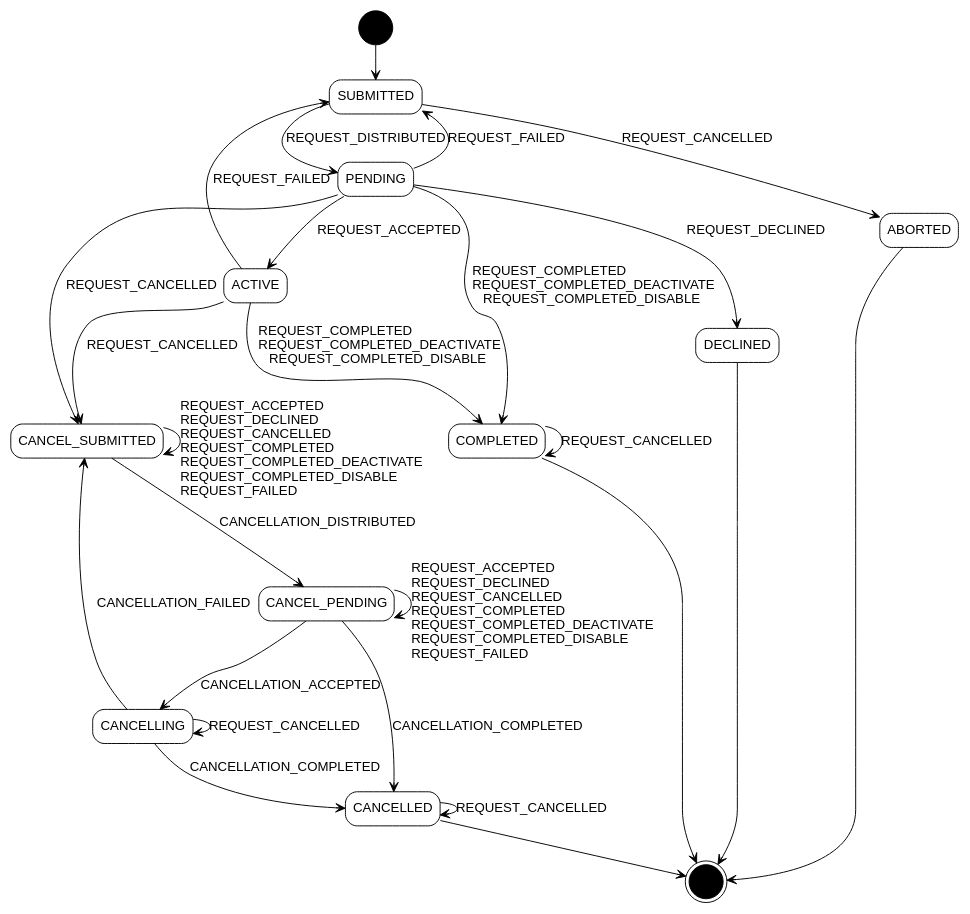
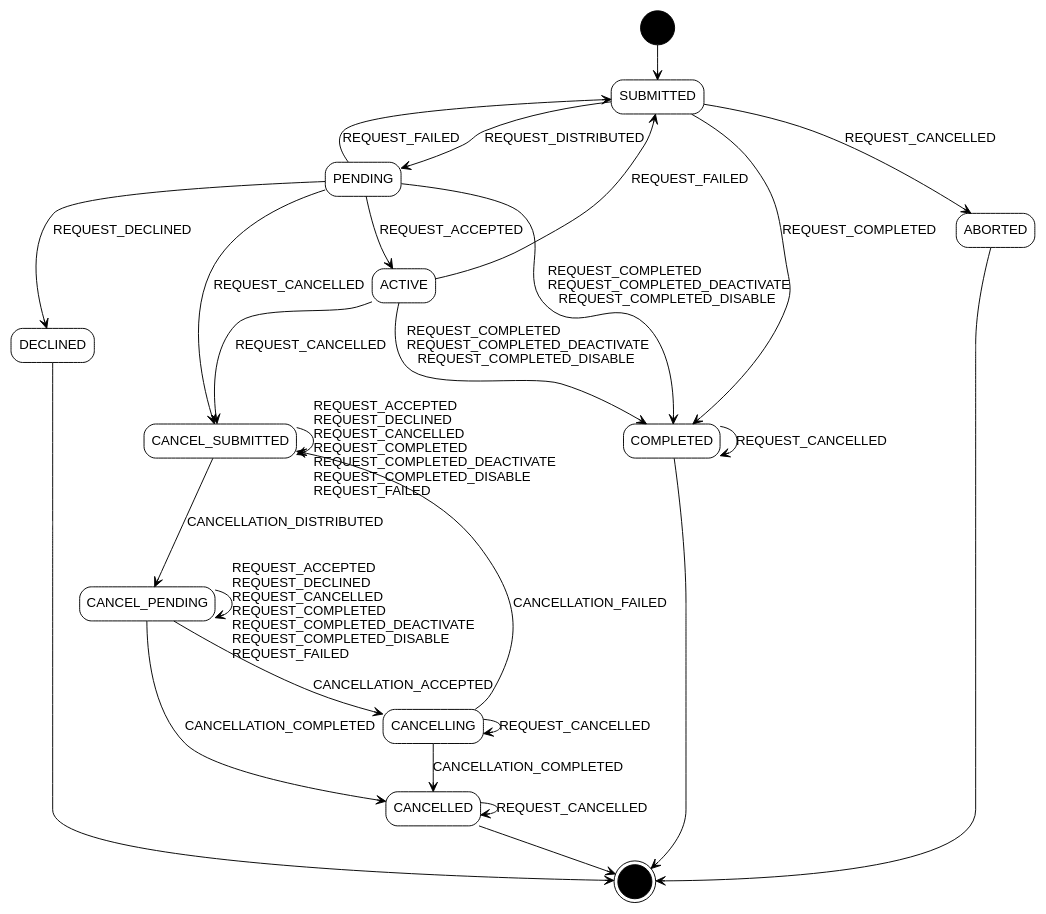
Before and after one commit to ONSdigital/response-management-service: the diagram in actionsvc/diagrams/actionstates.dot, drawn with Graphviz.

Commit message:
CTPA-9999 actionstates diagram catchup

```diff
--- a/actionsvc/diagrams/actionstates.dot
+++ b/actionsvc/diagrams/actionstates.dot
@@ -1,45 +1,46 @@
 /* Action service action states. Run using dot -Tpng actionstates.dot > actionstates.png */
 /* See https://fsteeg.wordpress.com/2006/11/16/uml-activity-diagrams-with-graphviz/ */
 digraph actionstates {
     size="20,20";
     edge[arrowhead=open]
     node [shape=rectangle];
     start[shape=circle, label="", fillcolor=black, style=filled]
     end[shape=doublecircle, label="", fillcolor=black, style=filled]
     submitted[label="SUBMITTED", fontname="helvetica", style=rounded]
     pending[label="PENDING", fontname="helvetica", style=rounded]
     active[label="ACTIVE", fontname="helvetica", style=rounded]
     declined[label="DECLINED", fontname="helvetica", style=rounded]
     completed[label="COMPLETED", fontname="helvetica", style=rounded]
     aborted[label="ABORTED", fontname="helvetica", style=rounded]
     cancelsubmitted[label="CANCEL_SUBMITTED", fontname="helvetica", style=rounded]
     cancelpending[label="CANCEL_PENDING", fontname="helvetica", style=rounded]
     cancelling[label="CANCELLING", fontname="helvetica", style=rounded]
     cancelled[label="CANCELLED", fontname="helvetica", style=rounded]
 
     start -> submitted
+    submitted -> completed[fontname="helvetica", label="REQUEST_COMPLETED"]
     submitted -> pending[fontname="helvetica", label="REQUEST_DISTRIBUTED"]
     submitted -> aborted[fontname="helvetica", label="REQUEST_CANCELLED"]
     pending -> declined[fontname="helvetica", label="REQUEST_DECLINED"]
     pending -> active[fontname="helvetica", label="REQUEST_ACCEPTED"]
     pending -> completed[fontname="helvetica", label="REQUEST_COMPLETED\lREQUEST_COMPLETED_DEACTIVATE\lREQUEST_COMPLETED_DISABLE"]
     pending -> submitted[fontname="helvetica", label="REQUEST_FAILED"]
     pending -> cancelsubmitted[fontname="helvetica", label="REQUEST_CANCELLED"]
     active -> submitted[fontname="helvetica", label="REQUEST_FAILED"]
     active -> cancelsubmitted[fontname="helvetica", label="REQUEST_CANCELLED"]
     active -> completed[fontname="helvetica", label="REQUEST_COMPLETED\lREQUEST_COMPLETED_DEACTIVATE\lREQUEST_COMPLETED_DISABLE"]
     cancelsubmitted -> cancelpending[fontname="helvetica", label="CANCELLATION_DISTRIBUTED"]
     cancelsubmitted -> cancelsubmitted[fontname="helvetica", label="\lREQUEST_ACCEPTED\lREQUEST_DECLINED\lREQUEST_CANCELLED\lREQUEST_COMPLETED\lREQUEST_COMPLETED_DEACTIVATE\lREQUEST_COMPLETED_DISABLE\lREQUEST_FAILED\l"]
     cancelpending -> cancelling[fontname="helvetica", label="CANCELLATION_ACCEPTED"]
     cancelpending -> cancelled[fontname="helvetica", label="CANCELLATION_COMPLETED"]
     cancelpending -> cancelpending[fontname="helvetica", label="\lREQUEST_ACCEPTED\lREQUEST_DECLINED\lREQUEST_CANCELLED\lREQUEST_COMPLETED\lREQUEST_COMPLETED_DEACTIVATE\lREQUEST_COMPLETED_DISABLE\lREQUEST_FAILED\l"]
     cancelling -> cancelled[fontname="helvetica", label="CANCELLATION_COMPLETED"]
     cancelling -> cancelling[fontname="helvetica", label="REQUEST_CANCELLED"]
     cancelling -> cancelsubmitted[fontname="helvetica", label="CANCELLATION_FAILED"]
     completed -> completed[fontname="helvetica", label="REQUEST_CANCELLED"]
     cancelled -> cancelled[fontname="helvetica", label="REQUEST_CANCELLED"]
     aborted -> end
     completed -> end
     declined-> end
     cancelled -> end
 }
```
